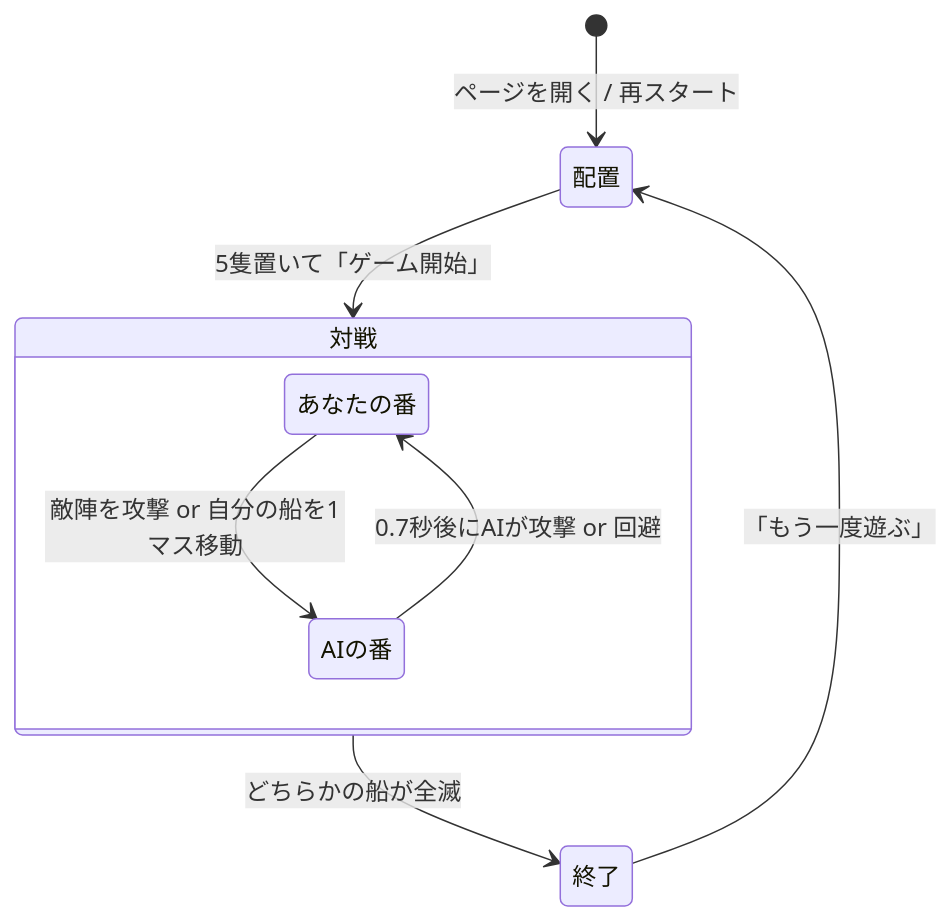
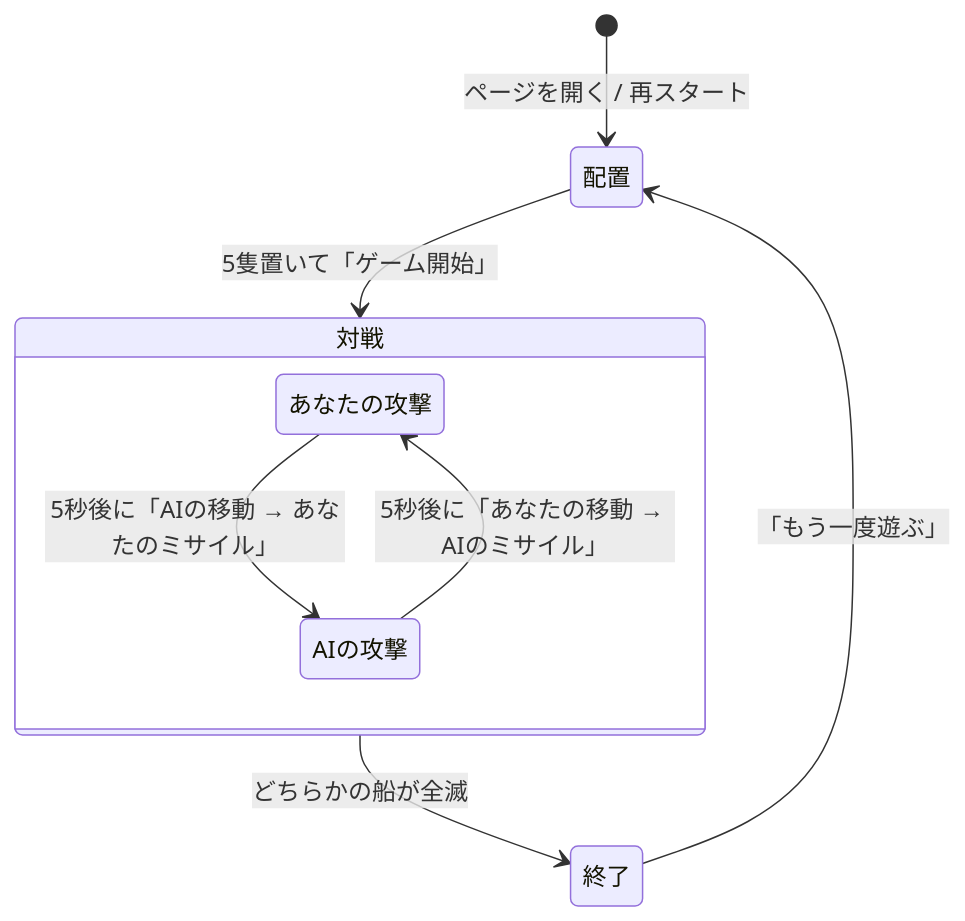
The second of 4 diagrams in docs/how-it-works.md (lightblue-emyu/battleship-vs-ai), drawn with Mermaid before and after one commit. The commit also changed other lines of this file and 14 other files, not shown here.

````diff
--- a/docs/how-it-works.md
+++ b/docs/how-it-works.md
@@ -31,11 +31,11 @@
 ```mermaid
 stateDiagram-v2
   [*] --> 配置: ページを開く / 再スタート
   配置 --> 対戦: 5隻置いて「ゲーム開始」
   state 対戦 {
-    あなたの番 --> AIの番: 敵陣を攻撃 or 自分の船を1マス移動
-    AIの番 --> あなたの番: 0.7秒後にAIが攻撃 or 回避
+    あなたの攻撃 --> AIの攻撃: 5秒後に「AIの移動 → あなたのミサイル」
+    AIの攻撃 --> あなたの攻撃: 5秒後に「あなたの移動 → AIのミサイル」
   }
   対戦 --> 終了: どちらかの船が全滅
   終了 --> 配置: 「もう一度遊ぶ」
 ```
````
